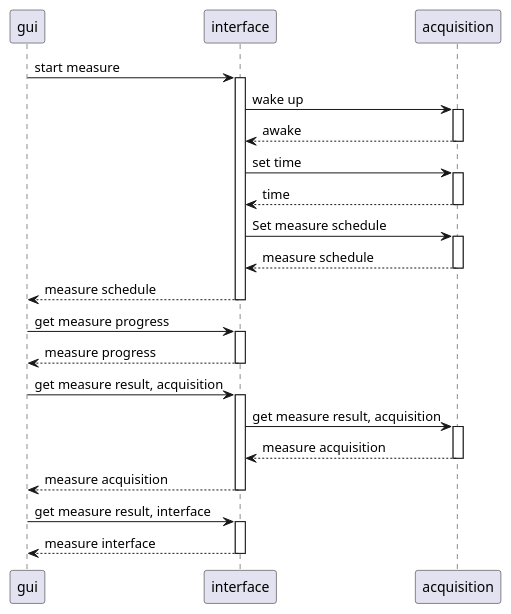
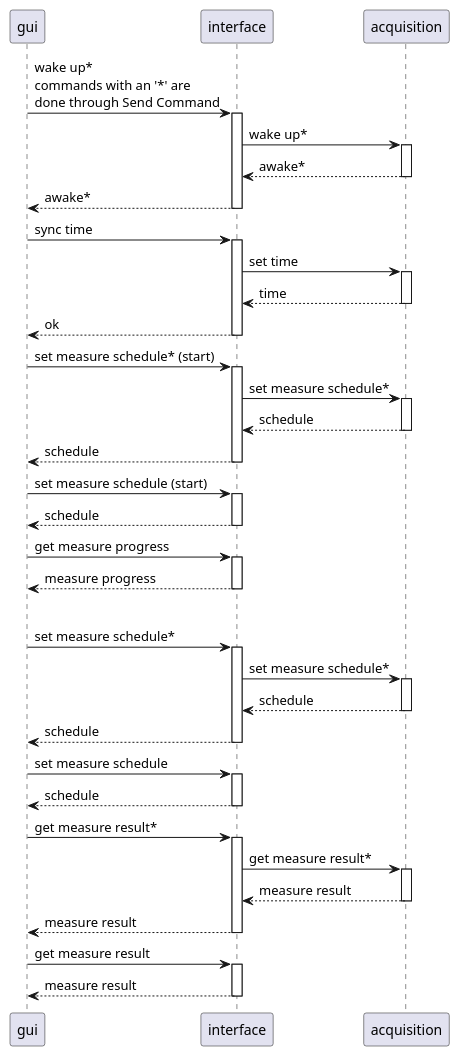
One commit to alius-doorstopper/documentation changed the diagram in Writerside/topics/usage.md. Above: the diagram before and after it, drawn with PlantUML. The commit also changed other lines of this file and 1 other file, not shown here.

Commit message:
Update interface to ease measure scheduling

````diff
--- a/Writerside/topics/usage.md
+++ b/Writerside/topics/usage.md
@@ -39,28 +39,54 @@
 ```plantuml
 @startuml
-gui -> interface: start measure
+gui -> interface : wake up*\ncommands with an '*' are\ndone through Send Command
 activate interface
-interface -> acquisition: wake up
+interface -> acquisition : wake up*
 activate acquisition
-return awake
-interface -> acquisition : set time
+return awake*
+return awake*
+
+gui -> interface: sync time
+activate interface
+interface -> acquisition: set time
 activate acquisition
 return time
-interface -> acquisition : Set measure schedule 
+return ok
+
+gui -> interface : set measure schedule* (start)
+activate interface
+interface -> acquisition : set measure schedule*
 activate acquisition
-return measure schedule
-return measure schedule
+return schedule
+return schedule
+
+gui -> interface: set measure schedule (start)
+activate interface
+return schedule
+
 gui -> interface: get measure progress
 activate interface
 return measure progress
-gui -> interface: get measure result, acquisition
+
+break Early stop    
+gui -> interface : set measure schedule*
+activate interface
+interface -> acquisition : set measure schedule* 
+activate acquisition
+return schedule
+return schedule
+
+gui -> interface: set measure schedule
+activate interface
+return schedule
+
+gui -> interface: get measure result*
 activate interface 
-interface -> acquisition : get measure result, acquisition
+interface -> acquisition : get measure result*
 activate acquisition
-return measure acquisition
-return measure acquisition
-gui -> interface: get measure result, interface
+return measure result
+return measure result
+gui -> interface: get measure result
 activate interface
-return measure interface
+return measure result
 @enduml
 ```
````
